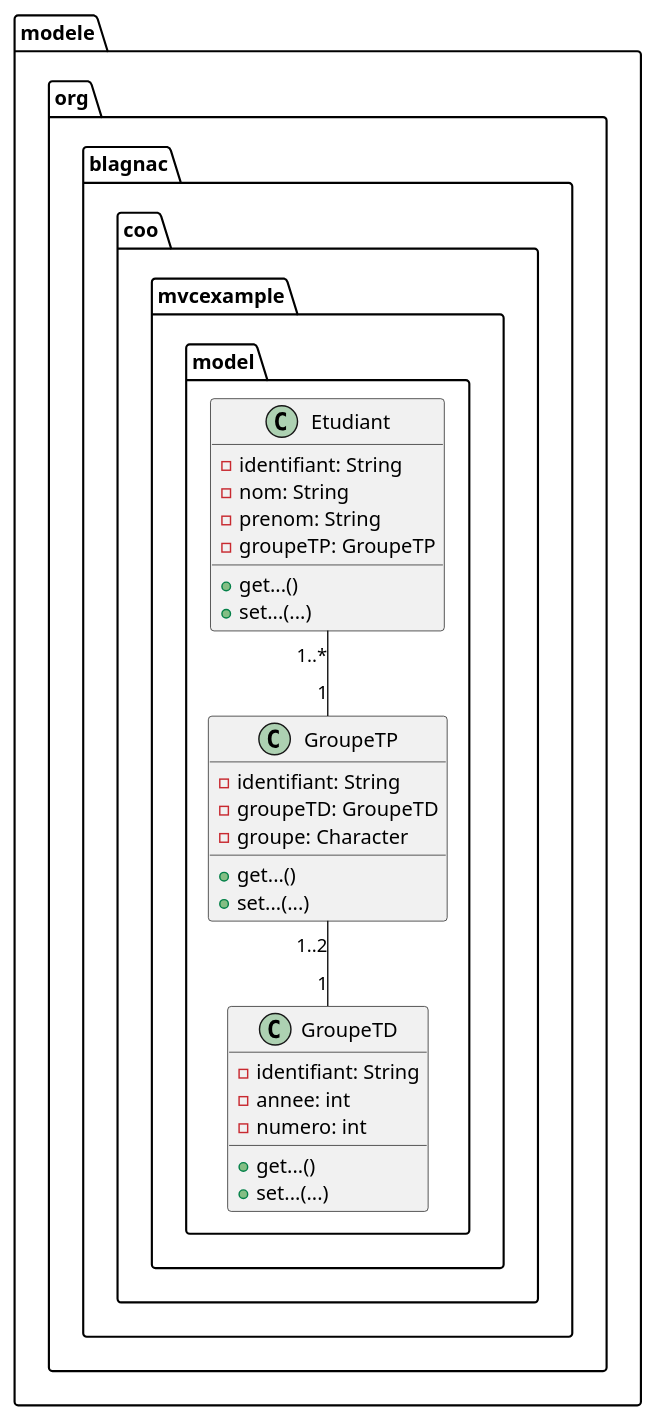
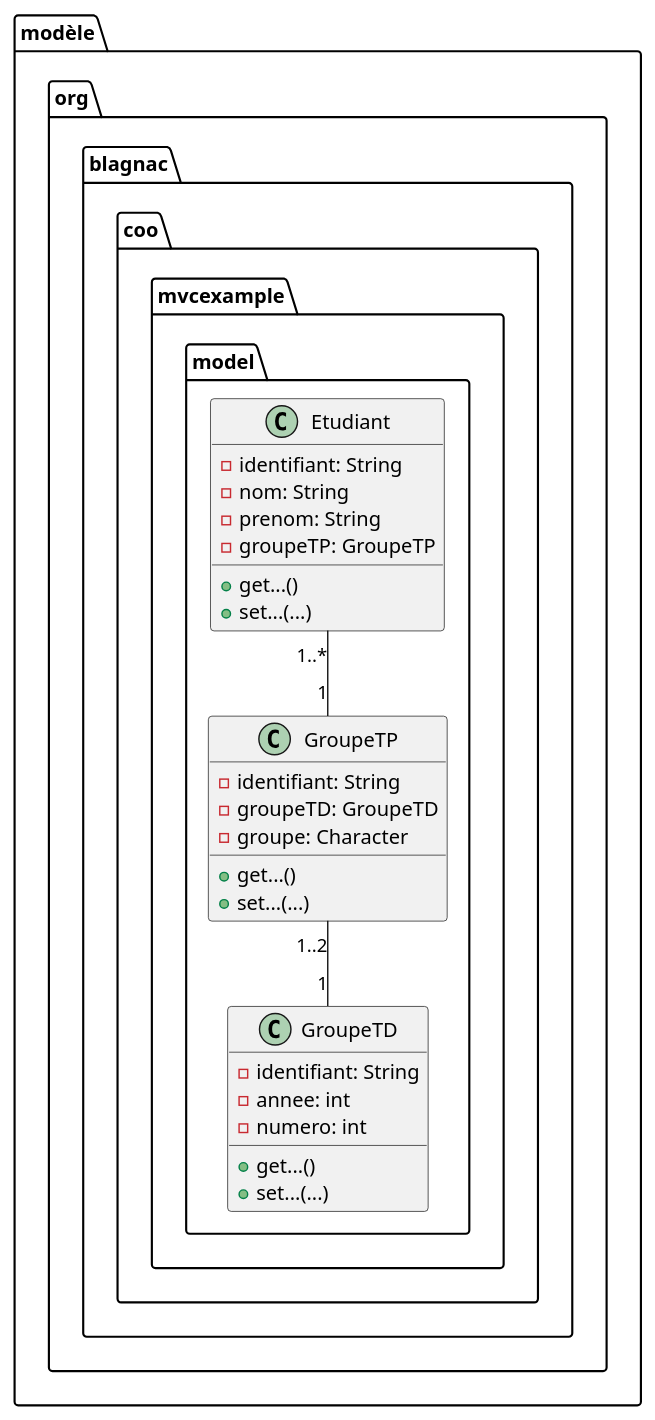
One commit to tgoubin/mvc-example changed the first of 5 diagrams in src/main/doc/exemple1.adoc. Above: the diagram before and after it, drawn with PlantUML. The commit also changed other lines of this file and 1 other file, not shown here.

```diff
--- a/src/main/doc/exemple1.adoc
+++ b/src/main/doc/exemple1.adoc
@@ -25,38 +25,38 @@
 [plantuml, "modele", png]  
 ----
 @startuml
 
-folder modele {
+folder modèle {
 	package org.blagnac.coo.mvcexample.model {
 	    class Etudiant {
 	        - identifiant: String
 	        - nom: String
 	        - prenom: String
 	        - groupeTP: GroupeTP
 	        + get...()
 	        + set...(...)
 	    }
 	    
 	    class GroupeTP {
 	        - identifiant: String
 	        - groupeTD: GroupeTD
 	        - groupe: Character
 	        + get...()
 	        + set...(...)
 	    }
 	    
 	    class GroupeTD {
 	        - identifiant: String
 	        - annee: int
 	        - numero: int
 	        + get...()
 	        + set...(...)
 	    }
 	}
 }
 
 Etudiant "1..*" -- "1" GroupeTP
 GroupeTP "1..2" -- "1" GroupeTD
 
 @enduml
 ----
```
